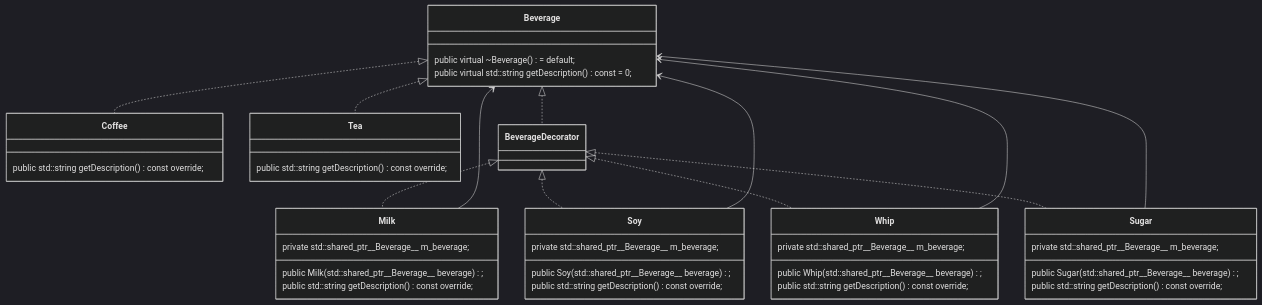
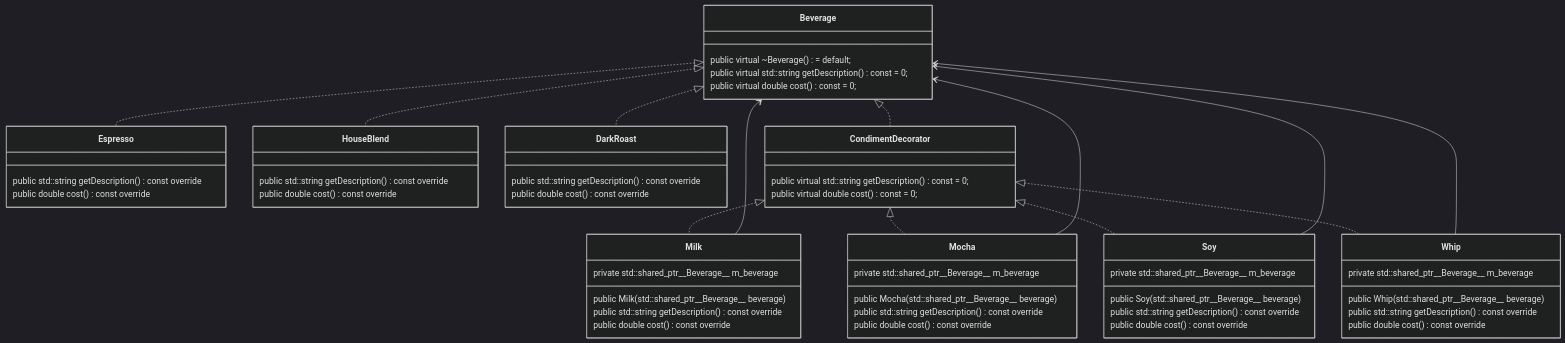
One commit to rngoodner/design-patterns changed the third of 13 diagrams in README.md. Above: the diagram before and after it, drawn with Mermaid (dark theme). The commit also changed other lines of this file, not shown here.

Commit message:
sync README class diagrams with current code

````diff
--- a/README.md
+++ b/README.md
@@ -130,52 +190,70 @@
 ```mermaid
 classDiagram
 
 class Beverage {
     public virtual ~Beverage() = default;
     public virtual std::string getDescription() const = 0;
+    public virtual double cost() const = 0;
 }
 
-class Coffee {
-    public std::string getDescription() const override;
+class Espresso {
+    public std::string getDescription() const override
+    public double cost() const override
 }
 
-class Tea {
-    public std::string getDescription() const override;
+class HouseBlend {
+    public std::string getDescription() const override
+    public double cost() const override
+}
+
+class DarkRoast {
+    public std::string getDescription() const override
+    public double cost() const override
+}
+
+class CondimentDecorator {
+    public virtual std::string getDescription() const = 0;
+    public virtual double cost() const = 0;
 }
 
 class Milk {
-    public Milk(std::shared_ptr__Beverage__ beverage);
-    public std::string getDescription() const override;
-    private std::shared_ptr__Beverage__ m_beverage;
+    public Milk(std::shared_ptr__Beverage__ beverage)
+    public std::string getDescription() const override
+    public double cost() const override
+    private std::shared_ptr__Beverage__ m_beverage
+}
+
+class Mocha {
+    public Mocha(std::shared_ptr__Beverage__ beverage)
+    public std::string getDescription() const override
+    public double cost() const override
+    private std::shared_ptr__Beverage__ m_beverage
 }
 
 class Soy {
-    public Soy(std::shared_ptr__Beverage__ beverage);
-    public std::string getDescription() const override;
-    private std::shared_ptr__Beverage__ m_beverage;
+    public Soy(std::shared_ptr__Beverage__ beverage)
+    public std::string getDescription() const override
+    public double cost() const override
+    private std::shared_ptr__Beverage__ m_beverage
 }
 
 class Whip {
-    public Whip(std::shared_ptr__Beverage__ beverage);
-    public std::string getDescription() const override;
-    private std::shared_ptr__Beverage__ m_beverage;
+    public Whip(std::shared_ptr__Beverage__ beverage)
+    public std::string getDescription() const override
+    public double cost() const override
+    private std::shared_ptr__Beverage__ m_beverage
 }
 
-class Sugar {
-    public Sugar(std::shared_ptr__Beverage__ beverage);
-    public std::string getDescription() const override;
-    private std::shared_ptr__Beverage__ m_beverage;
-}
-
-Beverage <|.. Coffee
-Beverage <|.. Tea
-Beverage <|.. BeverageDecorator
-BeverageDecorator <|.. Milk
-BeverageDecorator <|.. Soy
-BeverageDecorator <|.. Whip
-BeverageDecorator <|.. Sugar
+Beverage <|.. Espresso
+Beverage <|.. HouseBlend
+Beverage <|.. DarkRoast
+Beverage <|.. CondimentDecorator
+CondimentDecorator <|.. Milk
+CondimentDecorator <|.. Mocha
+CondimentDecorator <|.. Soy
+CondimentDecorator <|.. Whip
 Milk --> Beverage
+Mocha --> Beverage
 Soy --> Beverage
 Whip --> Beverage
-Sugar --> Beverage
 ```
````
